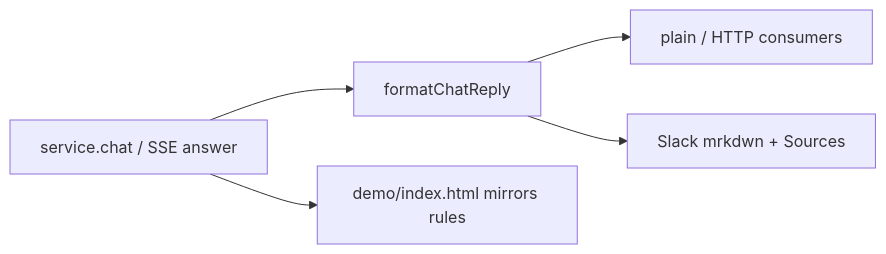
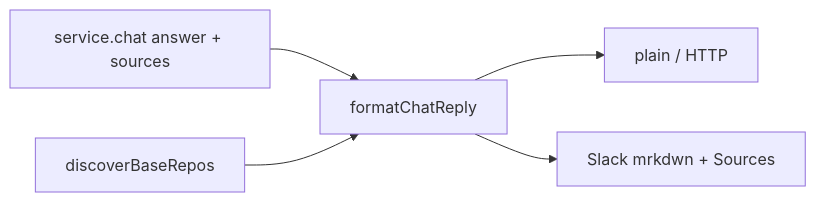
One commit to rosenjcb/kb changed the diagram in packages/kb-core/src/service/CHAT_REPLY.md. Above: the diagram before and after it, drawn with Mermaid. The commit also changed other lines of this file and 22 other files, not shown here.

````diff
--- a/packages/kb-core/src/service/CHAT_REPLY.md
+++ b/packages/kb-core/src/service/CHAT_REPLY.md
@@ -16,7 +16,7 @@
 ```mermaid
 flowchart LR
-  A[service.chat / SSE answer] --> B[formatChatReply]
-  B --> C[plain / HTTP consumers]
+  A[service.chat answer + sources] --> B[formatChatReply]
+  R[discoverBaseRepos] --> B
+  B --> C[plain / HTTP]
   B --> D[Slack mrkdwn + Sources]
-  A --> E[demo/index.html mirrors rules]
 ```
````
